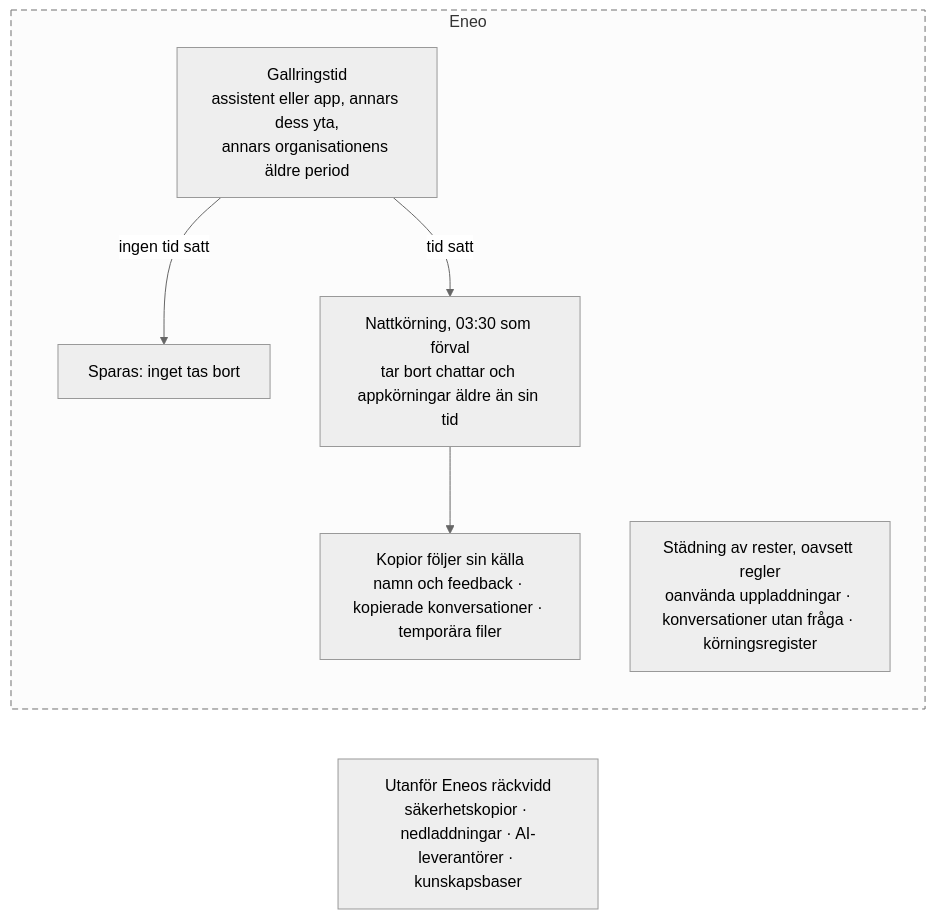
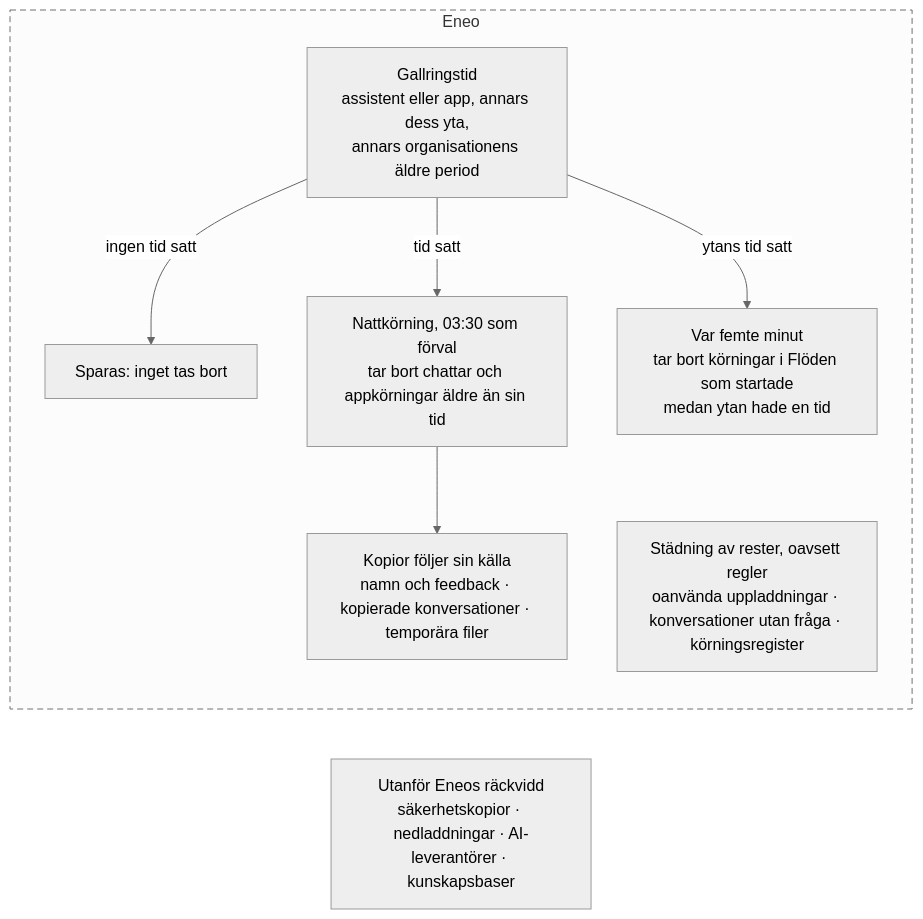
One commit to eneo-ai/eneo changed the first of 2 diagrams in frontend/apps/docs-site/src/content/sv/guides/data-retention.mdx. Above: the diagram before and after it, drawn with Mermaid (neutral theme). The commit also changed other lines of this file and 15 other files, not shown here.

First line of the commit message:
docs(flows): describe automatic removal of Flow runs

````diff
--- a/frontend/apps/docs-site/src/content/sv/guides/data-retention.mdx
+++ b/frontend/apps/docs-site/src/content/sv/guides/data-retention.mdx
@@ -8,15 +8,16 @@
 ```mermaid
 flowchart TB
   accTitle: Så fungerar gallring
-  accDescr: En gallringstid på en assistent eller app, annars på dess yta, annars organisationens äldre period, avgör. Utan tid tas inget bort. Med en tid tar nattkörningen, klockan 03:30 i workerns tid som förval, bort chattar och appkörningar som är äldre än sin tid, och de kopior Eneo har av dem följer med. Städning av rester körs oavsett regler. Säkerhetskopior, nedladdningar, AI-leverantörer och kunskapsbaser ligger utanför Eneos räckvidd.
+  accDescr: En gallringstid på en assistent eller app, annars på dess yta, annars organisationens äldre period, avgör. Utan tid tas inget bort. Med en tid tar nattkörningen, klockan 03:30 i workerns tid som förval, bort chattar och appkörningar som är äldre än sin tid, och de kopior Eneo har av dem följer med. Var femte minut tas körningar i Flöden som startade medan deras yta hade en tid bort när de är äldre än den. Städning av rester körs oavsett regler. Säkerhetskopior, nedladdningar, AI-leverantörer och kunskapsbaser ligger utanför Eneos räckvidd.
   subgraph eneo["Eneo"]
     direction TB
     time["Gallringstid\nassistent eller app, annars dess yta,\nannars organisationens äldre period"] -->|"ingen tid satt"| keep["Sparas: inget tas bort"]
     time -->|"tid satt"| run["Nattkörning, 03:30 som förval\ntar bort chattar och appkörningar äldre än sin tid"]
+    time -->|"ytans tid satt"| flows["Var femte minut\ntar bort körningar i Flöden som startade\nmedan ytan hade en tid"]
     run --> copies["Kopior följer sin källa\nnamn och feedback · kopierade konversationer · temporära filer"]
     cleanup["Städning av rester, oavsett regler\noanvända uppladdningar · konversationer utan fråga · körningsregister"]
   end
   outside["Utanför Eneos räckvidd\nsäkerhetskopior · nedladdningar · AI-leverantörer · kunskapsbaser"]
   eneo ~~~ outside
   style eneo stroke-dasharray: 6 4
 ```
````
